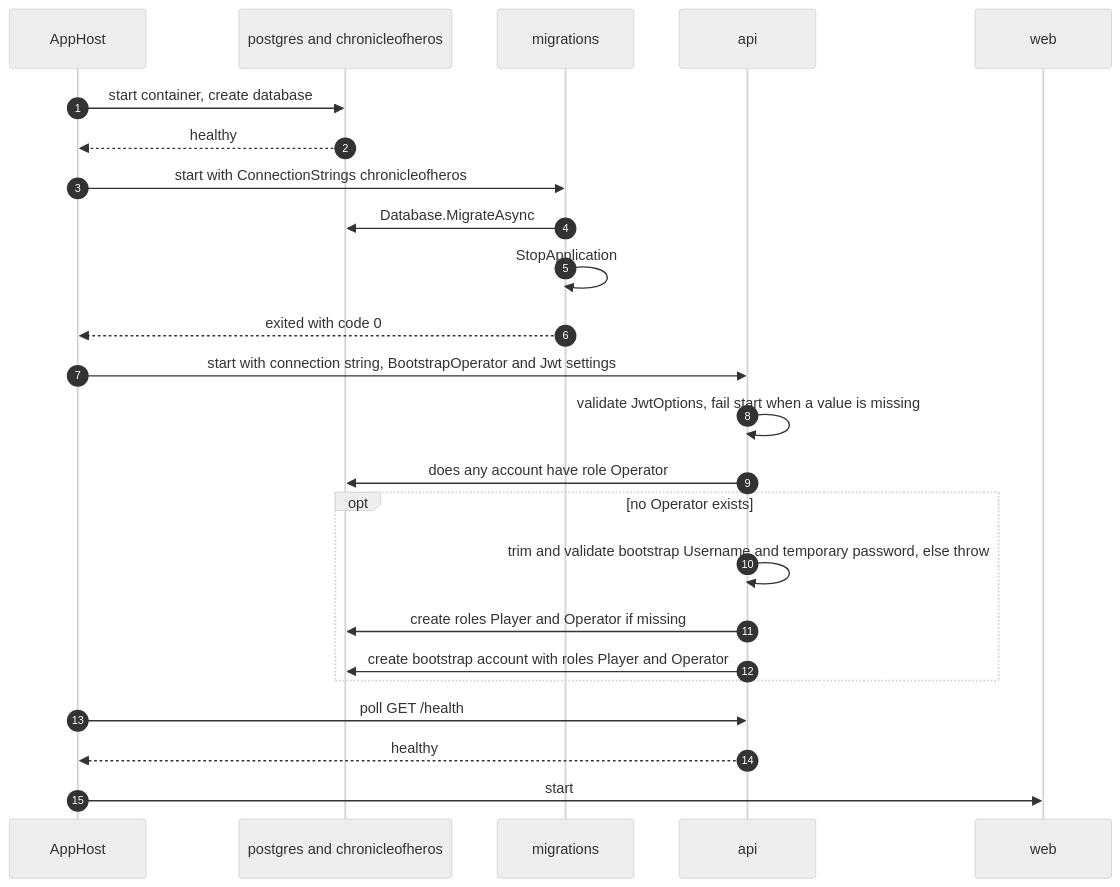
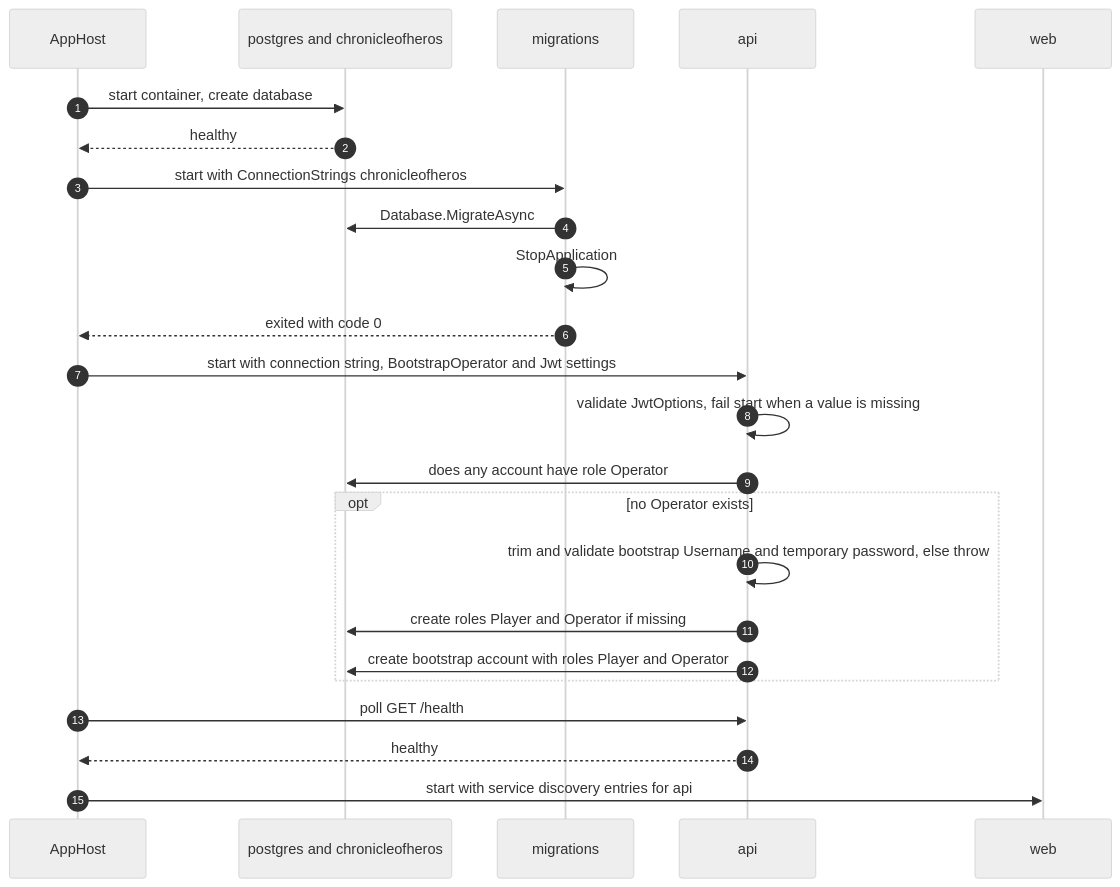
The diagram in docs/architecture/flows/startup.md (FlorianAlbert/ChronicleOfHeros), drawn with Mermaid (neutral theme) before and after one commit. The commit also changed other lines of this file and 23 other files, not shown here.

````diff
--- a/docs/architecture/flows/startup.md
+++ b/docs/architecture/flows/startup.md
@@ -9,26 +7,26 @@
 ```mermaid
 sequenceDiagram
     autonumber
     participant AppHost
     participant Postgres as postgres and chronicleofheros
     participant Migrations as migrations
     participant Api as api
     participant Web as web
     AppHost->>Postgres: start container, create database
     Postgres-->>AppHost: healthy
     AppHost->>Migrations: start with ConnectionStrings chronicleofheros
     Migrations->>Postgres: Database.MigrateAsync
     Migrations->>Migrations: StopApplication
     Migrations-->>AppHost: exited with code 0
     AppHost->>Api: start with connection string, BootstrapOperator and Jwt settings
     Api->>Api: validate JwtOptions, fail start when a value is missing
     Api->>Postgres: does any account have role Operator
     opt no Operator exists
         Api->>Api: trim and validate bootstrap Username and temporary password, else throw
         Api->>Postgres: create roles Player and Operator if missing
         Api->>Postgres: create bootstrap account with roles Player and Operator
     end
     AppHost->>Api: poll GET /health
     Api-->>AppHost: healthy
-    AppHost->>Web: start
+    AppHost->>Web: start with service discovery entries for api
 ```
````
